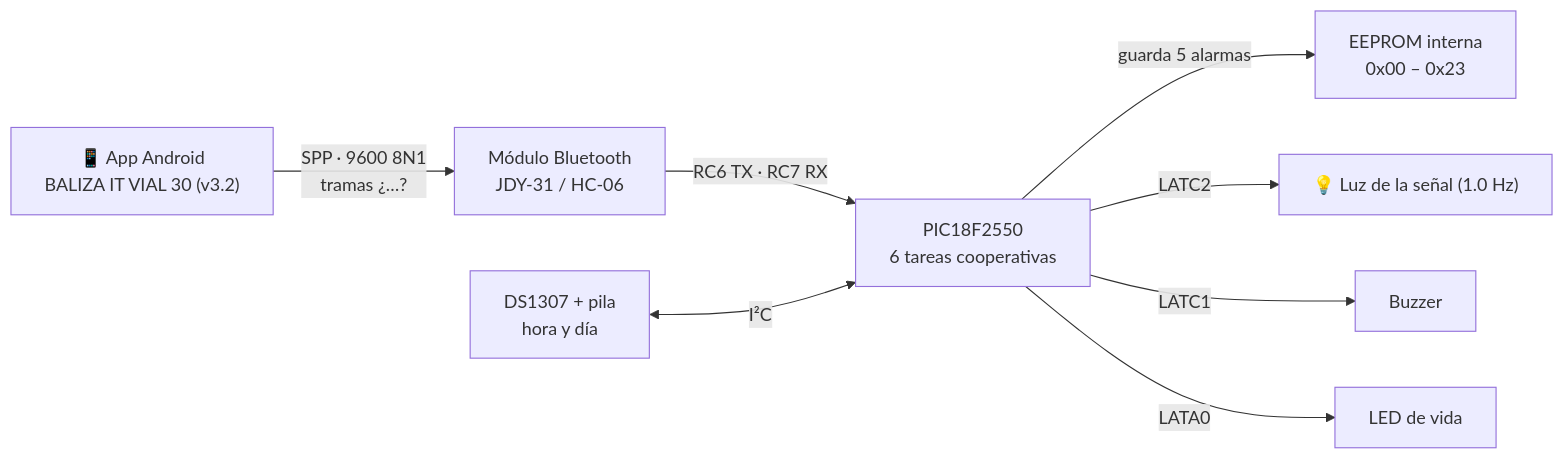
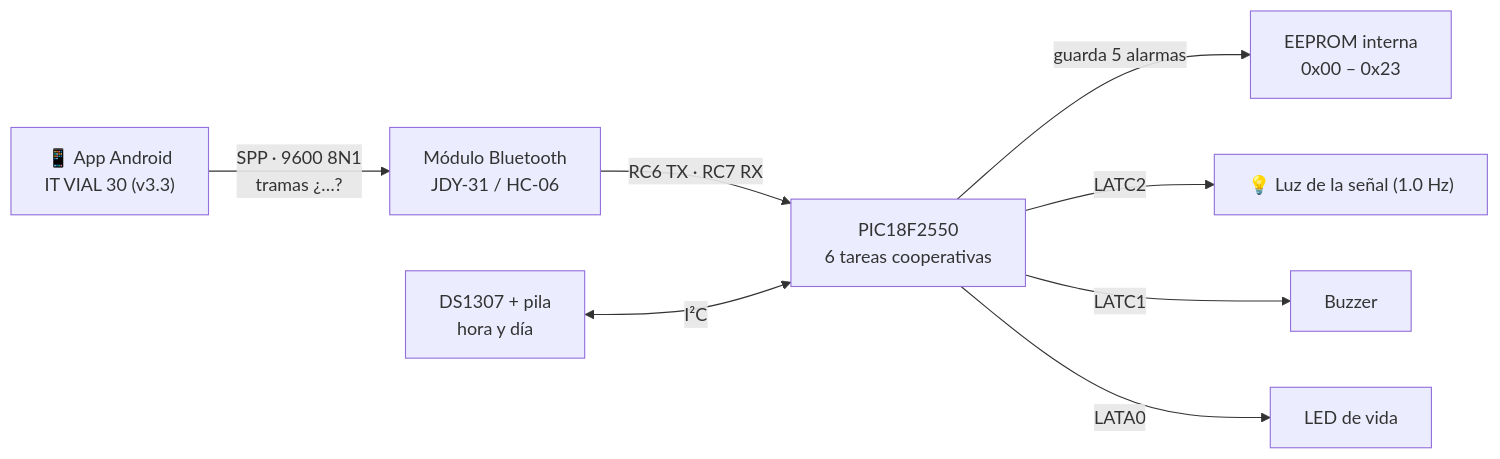
Before and after one commit to dieleoz/balizas: the diagram in README.md, drawn with Mermaid.

Commit message:
docs: sincronizar version v3.3 y especificaciones completas en README, ESTADO y ROADMAP

````diff
--- a/README.md
+++ b/README.md
@@ -27,10 +27,10 @@
 ```mermaid
 flowchart LR
-    APP["📱 App Android<br/>BALIZA IT VIAL 30 (v3.2)"] -->|"SPP · 9600 8N1<br/>tramas ¿…?"| BT["Módulo Bluetooth<br/>JDY-31 / HC-06"]
+    APP["📱 App Android<br/>IT VIAL 30 (v3.3)"] -->|"SPP · 9600 8N1<br/>tramas ¿…?"| BT["Módulo Bluetooth<br/>JDY-31 / HC-06"]
     BT -->|"RC6 TX · RC7 RX"| PIC["PIC18F2550<br/>6 tareas cooperativas"]
     RTC["DS1307 + pila<br/>hora y día"] <-->|I²C| PIC
     PIC -->|"guarda 5 alarmas"| EE["EEPROM interna<br/>0x00 – 0x23"]
     PIC -->|"LATC2"| LUZ["💡 Luz de la señal (1.0 Hz)"]
     PIC -->|"LATC1"| BUZ["Buzzer"]
     PIC -->|"LATA0"| LED["LED de vida"]
 ```
````
